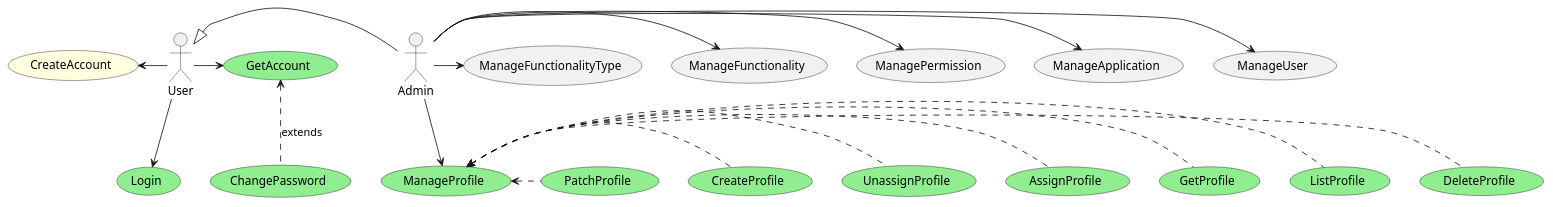
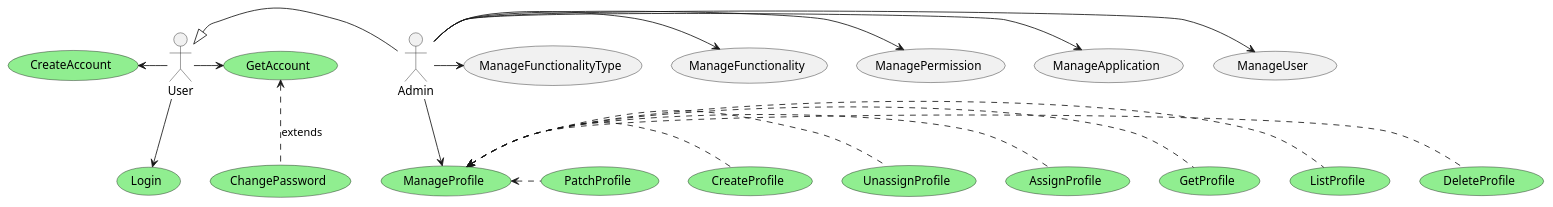
The diagram in documentation/UseCase.iam.puml (zehgreven/nutri-be-ddd-ca), drawn with PlantUML before and after one commit. The commit also changed 11 other files, not shown here.

```diff
--- a/documentation/UseCase.iam.puml
+++ b/documentation/UseCase.iam.puml
@@ -1,41 +1,41 @@
 @startuml Use Case
 
 actor User
 actor Admin
 
-usecase CreateAccount #LightYellow
+usecase CreateAccount #LightGreen
 usecase Login #LightGreen
 usecase GetAccount #LightGreen
 usecase ChangePassword #LightGreen
 usecase CreateProfile #LightGreen
 usecase GetProfile #LightGreen
 usecase PatchProfile #LightGreen
 usecase ListProfile #LightGreen
 usecase DeleteProfile #LightGreen
 usecase AssignProfile #LightGreen
 usecase UnassignProfile #LightGreen
 usecase ManageProfile #LightGreen
 
 User <|-r- Admin
 
 User -l-> (CreateAccount) 
 User -r-> (GetAccount)
 (GetAccount) <.d. (ChangePassword) : extends
 User -d-> (Login)
 
 Admin --> (ManageProfile) 
 (ManageProfile) <.r. (AssignProfile) 
 (ManageProfile) <.r. (UnassignProfile) 
 (ManageProfile) <.r. (CreateProfile) 
 (ManageProfile) <.r. (PatchProfile) 
 (ManageProfile) <.r. (DeleteProfile) 
 (ManageProfile) <.r. (ListProfile) 
 (ManageProfile) <.r. (GetProfile) 
 
 Admin -r-> (ManageUser) 
 Admin -r-> (ManageApplication) 
 Admin -r-> (ManagePermission) 
 Admin -r-> (ManageFunctionality) 
 Admin -r-> (ManageFunctionalityType) 
 
 @enduml
```
